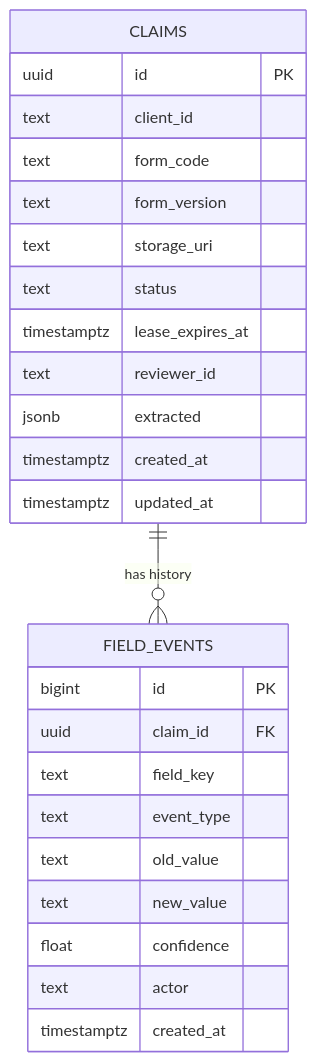
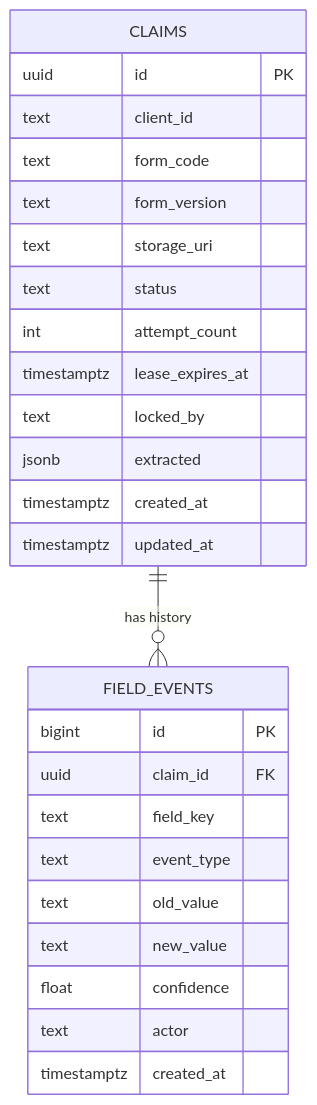
The fourth of 4 diagrams in 01-claim-loop/README.md (zuucrew/beyond-the-notebook), drawn with Mermaid before and after one commit. The commit also changed other lines of this file and 54 other files, not shown here.

````diff
--- a/01-claim-loop/README.md
+++ b/01-claim-loop/README.md
@@ -116,28 +130,29 @@
 ```mermaid
 erDiagram
     CLAIMS ||--o{ FIELD_EVENTS : "has history"
     CLAIMS {
         uuid id PK
         text client_id
         text form_code
         text form_version
         text storage_uri
         text status
+        int attempt_count
         timestamptz lease_expires_at
-        text reviewer_id
+        text locked_by
         jsonb extracted
         timestamptz created_at
         timestamptz updated_at
     }
     FIELD_EVENTS {
         bigint id PK
         uuid claim_id FK
         text field_key
         text event_type
         text old_value
         text new_value
         float confidence
         text actor
         timestamptz created_at
     }
 ```
````
